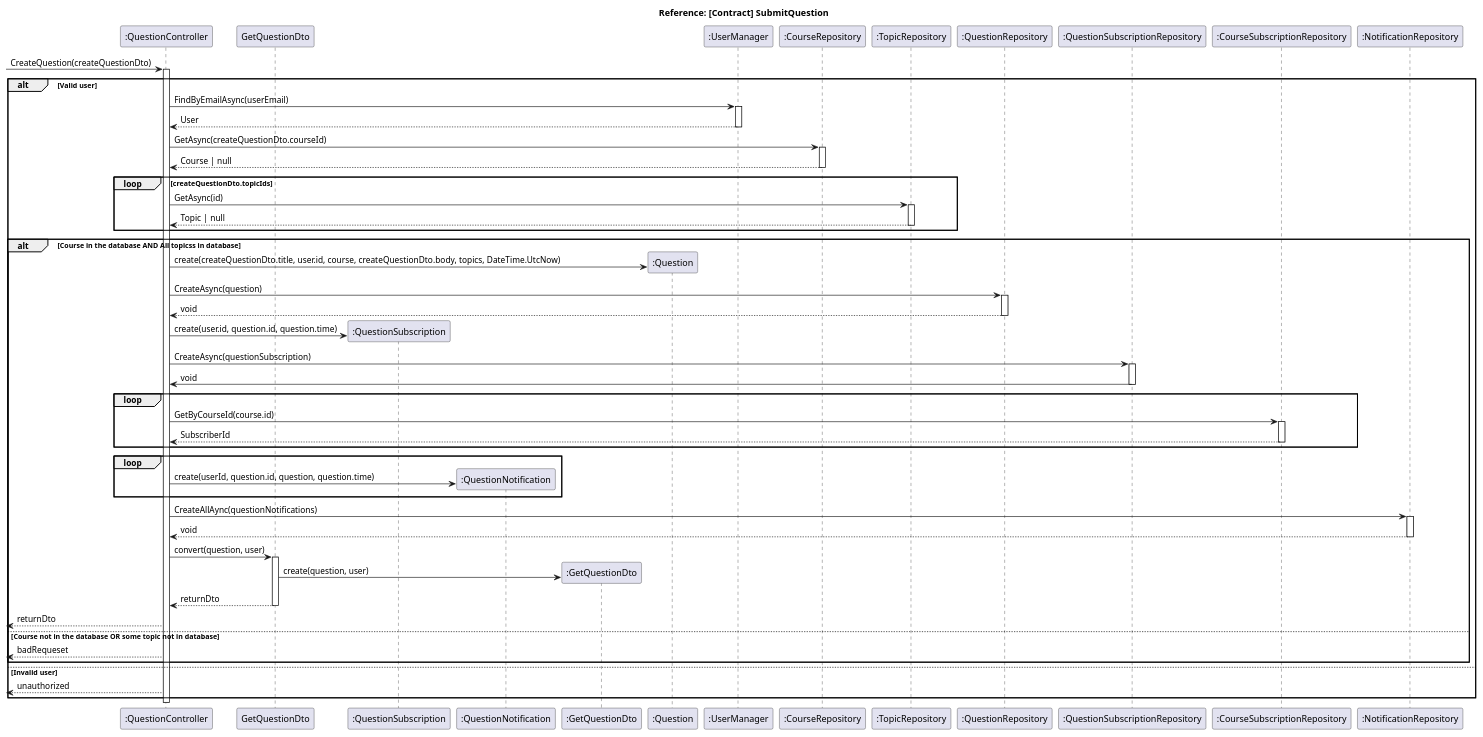
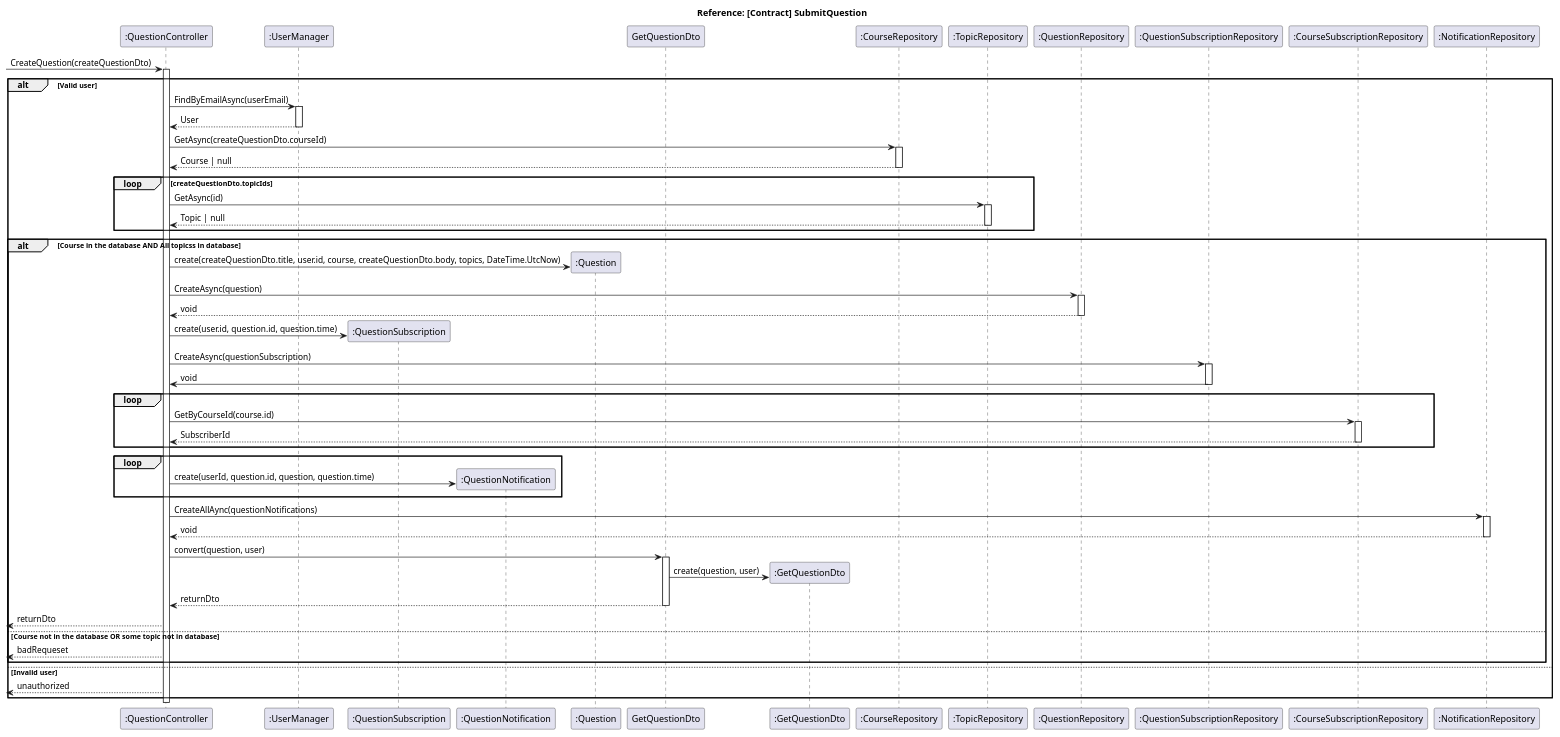
One commit to Singh-Kiran-P/StuNet changed the diagram in Diagrams/Sequence_Diagrams/ask_question.puml. Above: the diagram before and after it, drawn with PlantUML. The commit also changed other lines of this file and 6 other files, not shown here.

Commit message:
docs: Move participants in /Sequence_Diagrams

```diff
--- a/Diagrams/Sequence_Diagrams/ask_question.puml
+++ b/Diagrams/Sequence_Diagrams/ask_question.puml
@@ -1,88 +1,88 @@
 @startuml Ask question
 
 title Reference: [Contract] SubmitQuestion
 
 participant ":QuestionController" as questionController
-participant GetQuestionDto
+participant ":UserManager" as userManager
 participant ":QuestionSubscription" as questionSubscription
 participant ":QuestionNotification" as questionNotification
+participant ":Question" as question
+participant GetQuestionDto
 participant ":GetQuestionDto" as getQuestionDto
-participant ":Question" as question
-participant ":UserManager" as userManager
 participant ":CourseRepository" as courseRepository
 participant ":TopicRepository" as topicRepository
 participant ":QuestionRepository" as questionRepository
 participant ":QuestionSubscriptionRepository" as questionSubscriptionRepository
 participant ":CourseSubscriptionRepository" as courseSubscriptionRepository
 participant ":NotificationRepository" as notificationRepository
 
 -> questionController: CreateQuestion(createQuestionDto)
 activate questionController
 
 alt Valid user
     questionController -> userManager: FindByEmailAsync(userEmail)
     activate userManager
     questionController <-- userManager: User
     ' TOASK: User|null of gewoon User?
     deactivate userManager
 
     questionController -> courseRepository: GetAsync(createQuestionDto.courseId)
     activate courseRepository
     courseRepository --> questionController: Course | null
     deactivate courseRepository
 
     loop createQuestionDto.topicIds
         questionController -> topicRepository: GetAsync(id)
         activate topicRepository
         topicRepository --> questionController: Topic | null
         deactivate topicRepository
     end
 
     alt Course in the database AND All topicss in database
         questionController -> question **:create(createQuestionDto.title, user.id, course, createQuestionDto.body, topics, DateTime.UtcNow)
 
         questionController -> questionRepository: CreateAsync(question)
         activate questionRepository
         questionRepository --> questionController: void
         deactivate questionRepository
 
         questionController -> questionSubscription **:create(user.id, question.id, question.time)
 
         questionController -> questionSubscriptionRepository: CreateAsync(questionSubscription)
         activate questionSubscriptionRepository
         questionSubscriptionRepository -> questionController: void
         deactivate questionSubscriptionRepository
 
         loop
             questionController -> courseSubscriptionRepository: GetByCourseId(course.id)
             activate courseSubscriptionRepository
             courseSubscriptionRepository --> questionController: SubscriberId
             deactivate courseSubscriptionRepository
         end
 
         loop
             questionController -> questionNotification**: create(userId, question.id, question, question.time)
         end
 
         questionController -> notificationRepository: CreateAllAync(questionNotifications)
         activate notificationRepository
         notificationRepository --> questionController: void
         deactivate notificationRepository
 
         questionController -> GetQuestionDto: convert(question, user)
         activate GetQuestionDto
         GetQuestionDto -> getQuestionDto**: create(question, user)
         GetQuestionDto --> questionController: returnDto
         deactivate GetQuestionDto
 
         <-- questionController: returnDto
     else Course not in the database OR some topic not in database
         <-- questionController: badRequeset
     end
 else Invalid user
     <-- questionController: unauthorized
 end
 
 deactivate questionController
 
 @enduml
```
